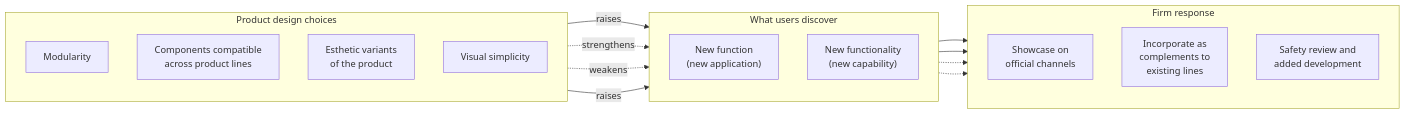
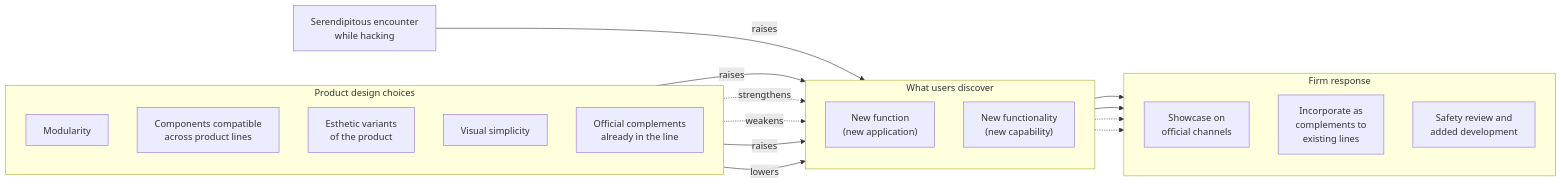
Before and after one commit to mikenguyen13/marketing_research: the fifth of 7 diagrams in 04-innovation.qmd, drawn with Mermaid. The commit also changed other lines of this file and 21 other files, not shown here.

````diff
--- a/04-innovation.qmd
+++ b/04-innovation.qmd
@@ -1120,31 +1168,35 @@
 ```{mermaid}
 %%| label: fig-innovation-exaptation
-%%| fig-cap: "Community-led exaptation in 1,925 IKEA product hacks, as reported in the published abstract. Modularity raises the likelihood that users discover a new function (a new application), more so when components are compatible across product lines and less so when esthetic variants exist; visual simplicity raises the likelihood of a new functionality (a new capability). Labeled dashed arrows are moderators of the modularity effect. Functional modifications can raise safety concerns and require further development."
+%%| fig-cap: "Community-led exaptation in 1,925 IKEA product hacks. Modularity raises the likelihood that users discover a new function (a new application), more so when components are compatible across product lines and less so when esthetic variants exist; visual simplicity raises the likelihood of a new functionality (a new capability). A product line already full of official complements lowers the likelihood of new functions, and a serendipitous encounter during the hack raises the likelihood of a new functionality. Labeled dashed arrows are moderators of the modularity effect. Functional modifications can raise safety concerns and require further development."
 flowchart LR
   subgraph DES["Product design choices"]
     direction TB
     MOD["Modularity"]
     CMP["Components compatible<br/>across product lines"]
     VAR["Esthetic variants<br/>of the product"]
     SIM["Visual simplicity"]
+    PFS["Official complements<br/>already in the line"]
   end
+  SER["Serendipitous encounter<br/>while hacking"]
   subgraph DIS["What users discover"]
     direction TB
     FUN["New function<br/>(new application)"]
     FTY["New functionality<br/>(new capability)"]
   end
   subgraph RSP["Firm response"]
     direction TB
     SHW["Showcase on<br/>official channels"]
     CPL["Incorporate as<br/>complements to<br/>existing lines"]
     SAF["Safety review and<br/>added development"]
   end
   MOD -->|"raises"| FUN
   CMP -.->|"strengthens"| FUN
   VAR -.->|"weakens"| FUN
   SIM -->|"raises"| FTY
+  PFS -->|"lowers"| FUN
+  SER -->|"raises"| FTY
   FUN --> SHW
   FUN --> CPL
   FUN -.-> SAF
   FTY -.-> SAF
 ```
````
